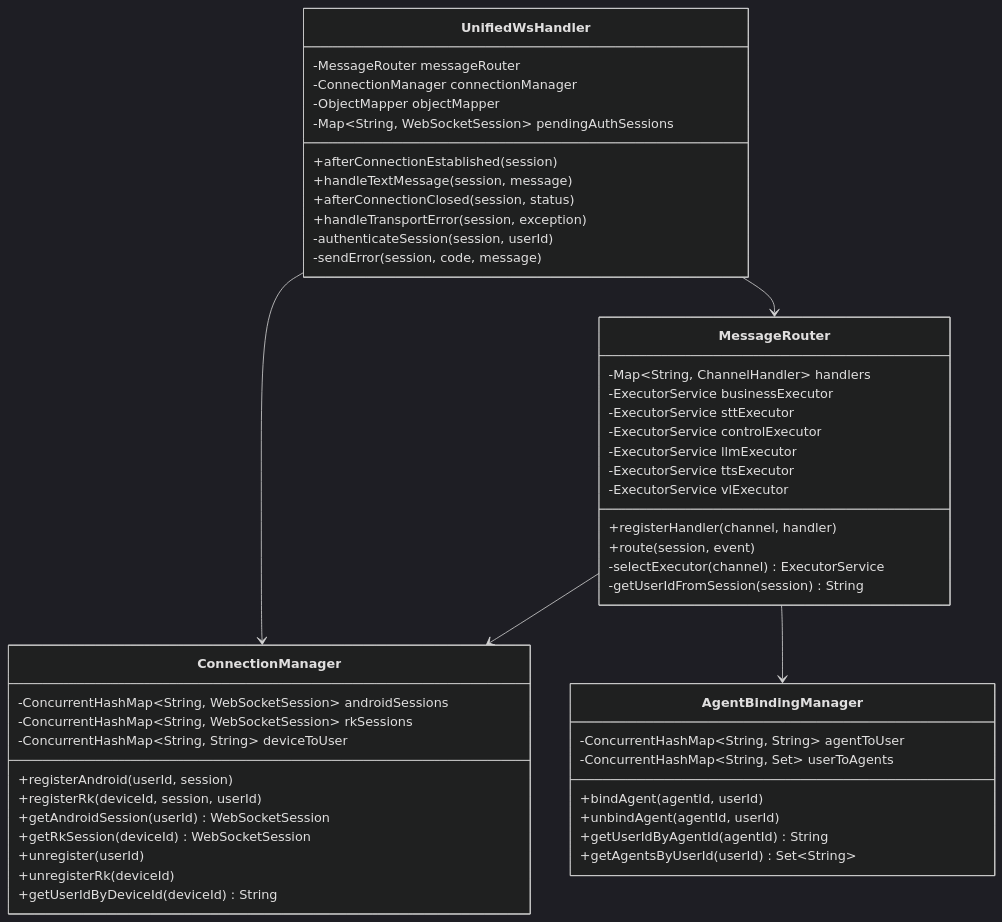
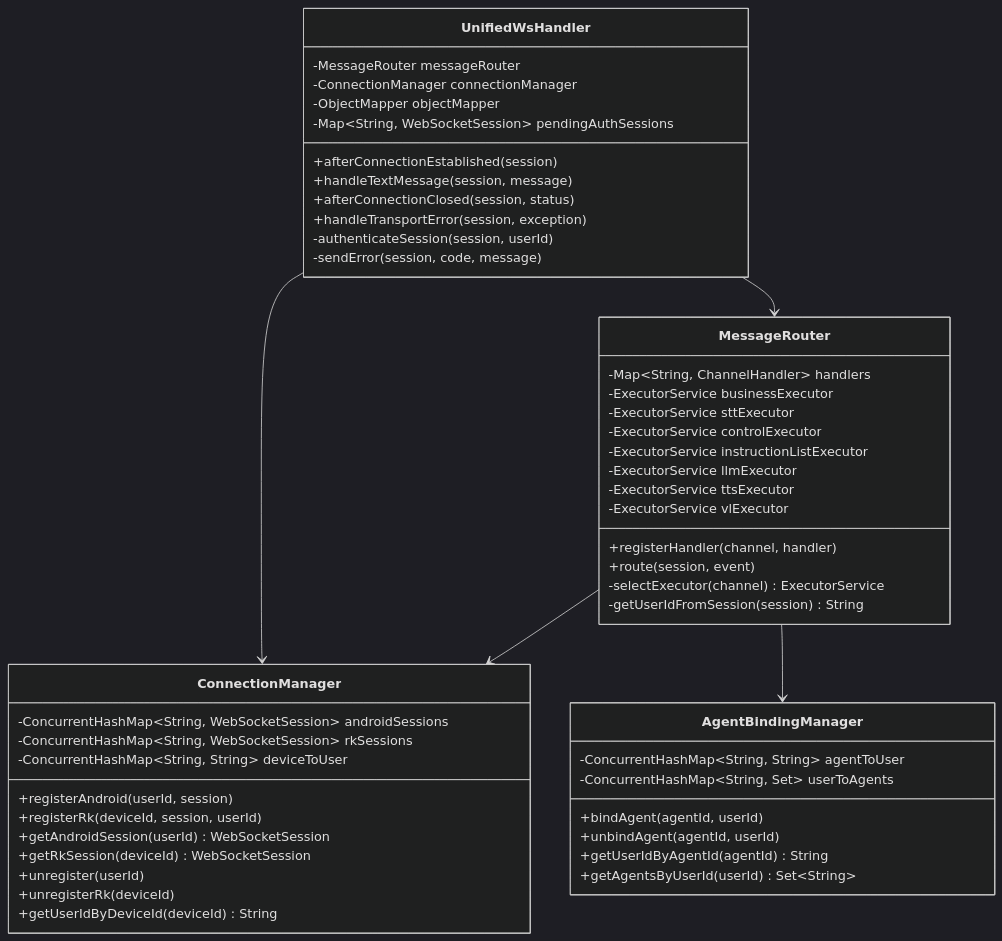
Before and after one commit to nangong918/magic-vector: the seventh of 18 diagrams in cursor/WS重构.md, drawn with Mermaid (dark theme). The commit also changed other lines of this file, not shown here.

````diff
--- a/cursor/WS重构.md
+++ b/cursor/WS重构.md
@@ -724,56 +795,57 @@
 ```mermaid
 classDiagram
     class UnifiedWsHandler {
         -MessageRouter messageRouter
         -ConnectionManager connectionManager
         -ObjectMapper objectMapper
         -Map~String, WebSocketSession~ pendingAuthSessions
         +afterConnectionEstablished(session)
         +handleTextMessage(session, message)
         +afterConnectionClosed(session, status)
         +handleTransportError(session, exception)
         -authenticateSession(session, userId)
         -sendError(session, code, message)
     }
 
     class MessageRouter {
         -Map~String, ChannelHandler~ handlers
         -ExecutorService businessExecutor
         -ExecutorService sttExecutor
         -ExecutorService controlExecutor
+        -ExecutorService instructionListExecutor
         -ExecutorService llmExecutor
         -ExecutorService ttsExecutor
         -ExecutorService vlExecutor
         +registerHandler(channel, handler)
         +route(session, event)
         -selectExecutor(channel) ExecutorService
         -getUserIdFromSession(session) String
     }
 
     class ConnectionManager {
         -ConcurrentHashMap~String, WebSocketSession~ androidSessions
         -ConcurrentHashMap~String, WebSocketSession~ rkSessions
         -ConcurrentHashMap~String, String~ deviceToUser
         +registerAndroid(userId, session)
         +registerRk(deviceId, session, userId)
         +getAndroidSession(userId) WebSocketSession
         +getRkSession(deviceId) WebSocketSession
         +unregister(userId)
         +unregisterRk(deviceId)
         +getUserIdByDeviceId(deviceId) String
     }
 
     class AgentBindingManager {
         -ConcurrentHashMap~String, String~ agentToUser
         -ConcurrentHashMap~String, Set~ userToAgents
         +bindAgent(agentId, userId)
         +unbindAgent(agentId, userId)
         +getUserIdByAgentId(agentId) String
         +getAgentsByUserId(userId) Set~String~
     }
 
     UnifiedWsHandler --> MessageRouter
     UnifiedWsHandler --> ConnectionManager
     MessageRouter --> ConnectionManager
     MessageRouter --> AgentBindingManager
 ```
````
